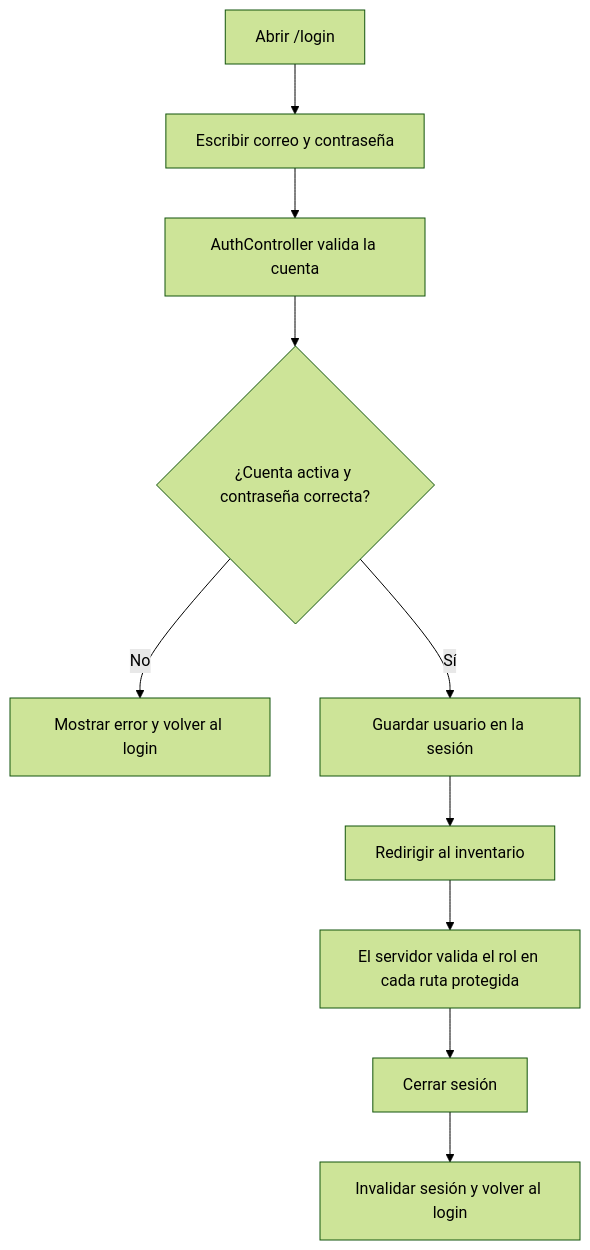
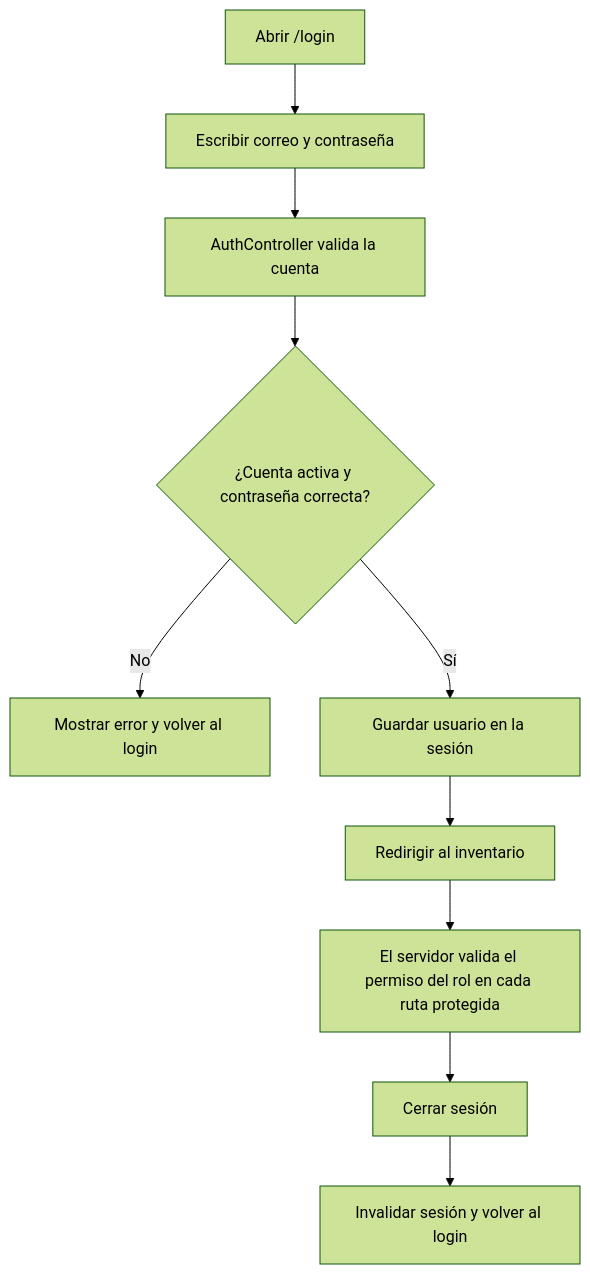
One commit to luisgonzalez114a-lgtm/safari changed the fourth of 4 diagrams in INSTRUCTIVO_SAFARI.md. Above: the diagram before and after it, drawn with Mermaid (forest theme). The commit also changed other lines of this file and 66 other files, not shown here.

````diff
--- a/INSTRUCTIVO_SAFARI.md
+++ b/INSTRUCTIVO_SAFARI.md
@@ -120,12 +161,12 @@
 ```mermaid
 flowchart TD
     inicio["Abrir /login"] --> formulario["Escribir correo y contraseña"]
     formulario --> auth["AuthController valida la cuenta"]
     auth --> activa{"¿Cuenta activa y contraseña correcta?"}
     activa -- No --> error["Mostrar error y volver al login"]
     activa -- Sí --> sesion["Guardar usuario en la sesión"]
     sesion --> inicioApp["Redirigir al inventario"]
-    inicioApp --> rol["El servidor valida el rol en cada ruta protegida"]
-    rol --> salir["Cerrar sesión"]
+    inicioApp --> permisos["El servidor valida el permiso del rol en cada ruta protegida"]
+    permisos --> salir["Cerrar sesión"]
     salir --> invalidar["Invalidar sesión y volver al login"]
 ```
````
